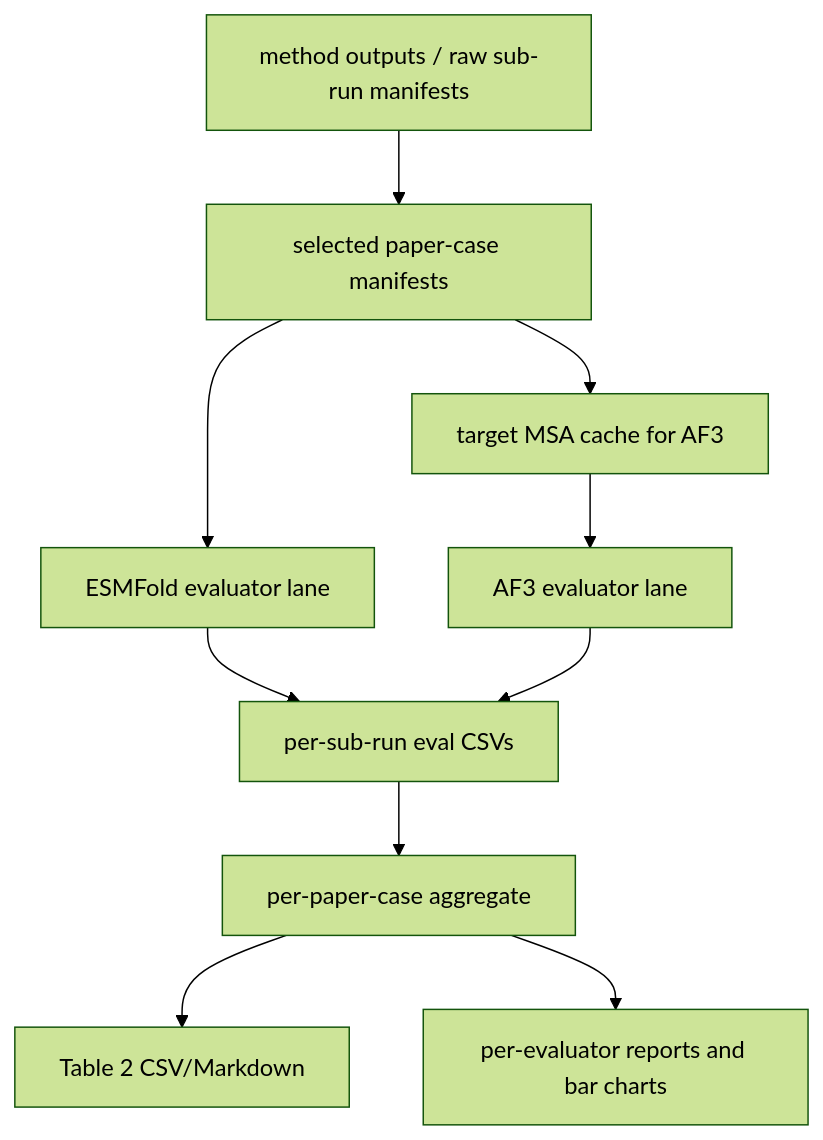
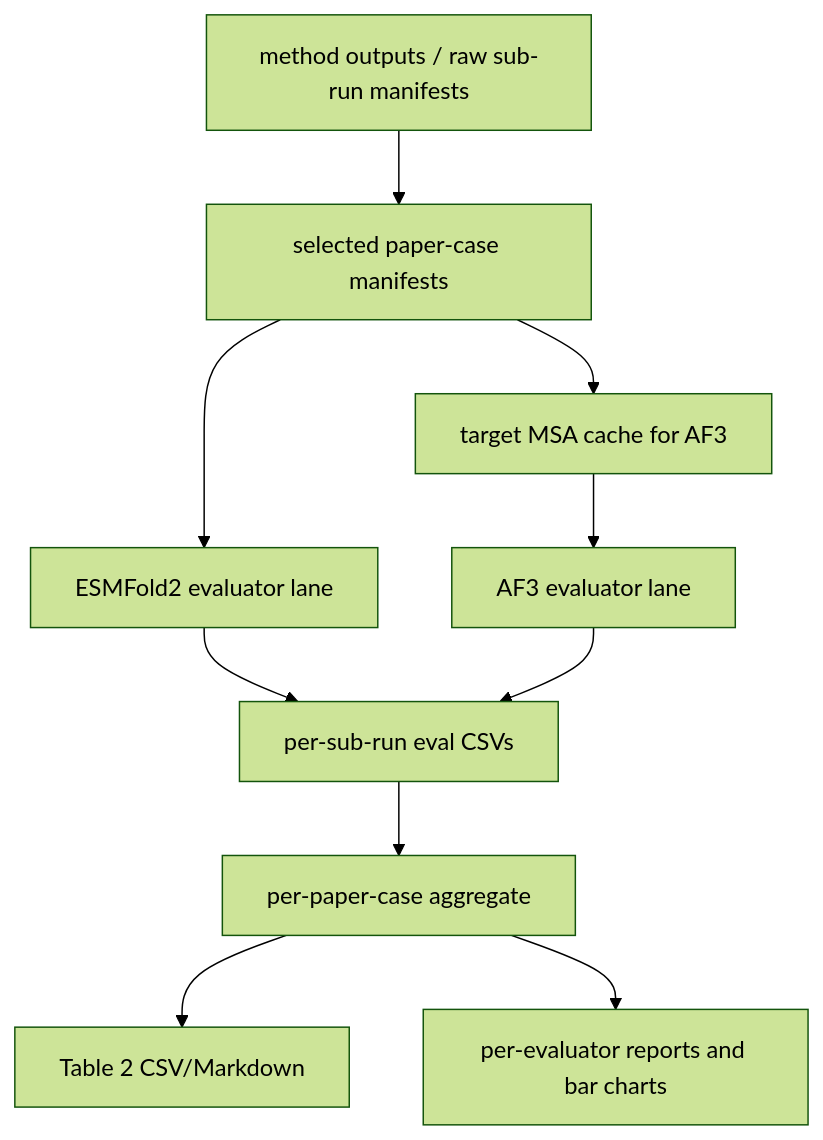
The diagram in evaluation/metric_pipeline/README.md (smiles724/ProteoCraft), drawn with Mermaid (forest theme) before and after one commit. The commit also changed other lines of this file and 8 other files, not shown here.

Commit message:
feat(evaluation): make ESMFold2 the default evaluator

````diff
--- a/evaluation/metric_pipeline/README.md
+++ b/evaluation/metric_pipeline/README.md
@@ -12,12 +13,12 @@
 ```mermaid
 flowchart TD
     A[method outputs / raw sub-run manifests] --> B[selected paper-case manifests]
     B --> C[target MSA cache for AF3]
-    B --> D[ESMFold evaluator lane]
+    B --> D[ESMFold2 evaluator lane]
     C --> E[AF3 evaluator lane]
     D --> F[per-sub-run eval CSVs]
     E --> F
     F --> G[per-paper-case aggregate]
     G --> H[Table 2 CSV/Markdown]
     G --> I[per-evaluator reports and bar charts]
 ```
````
